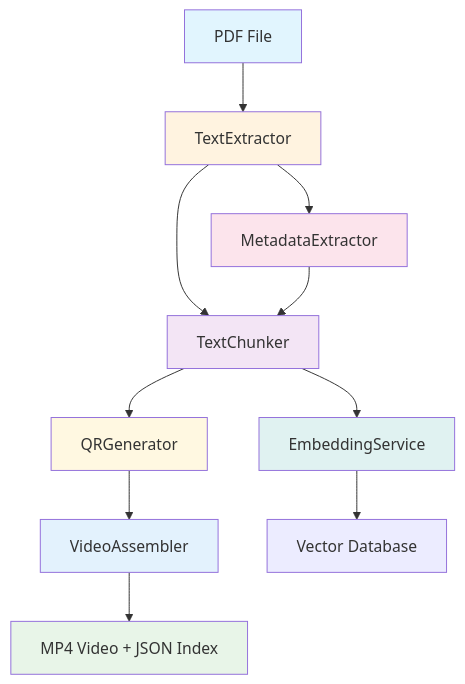
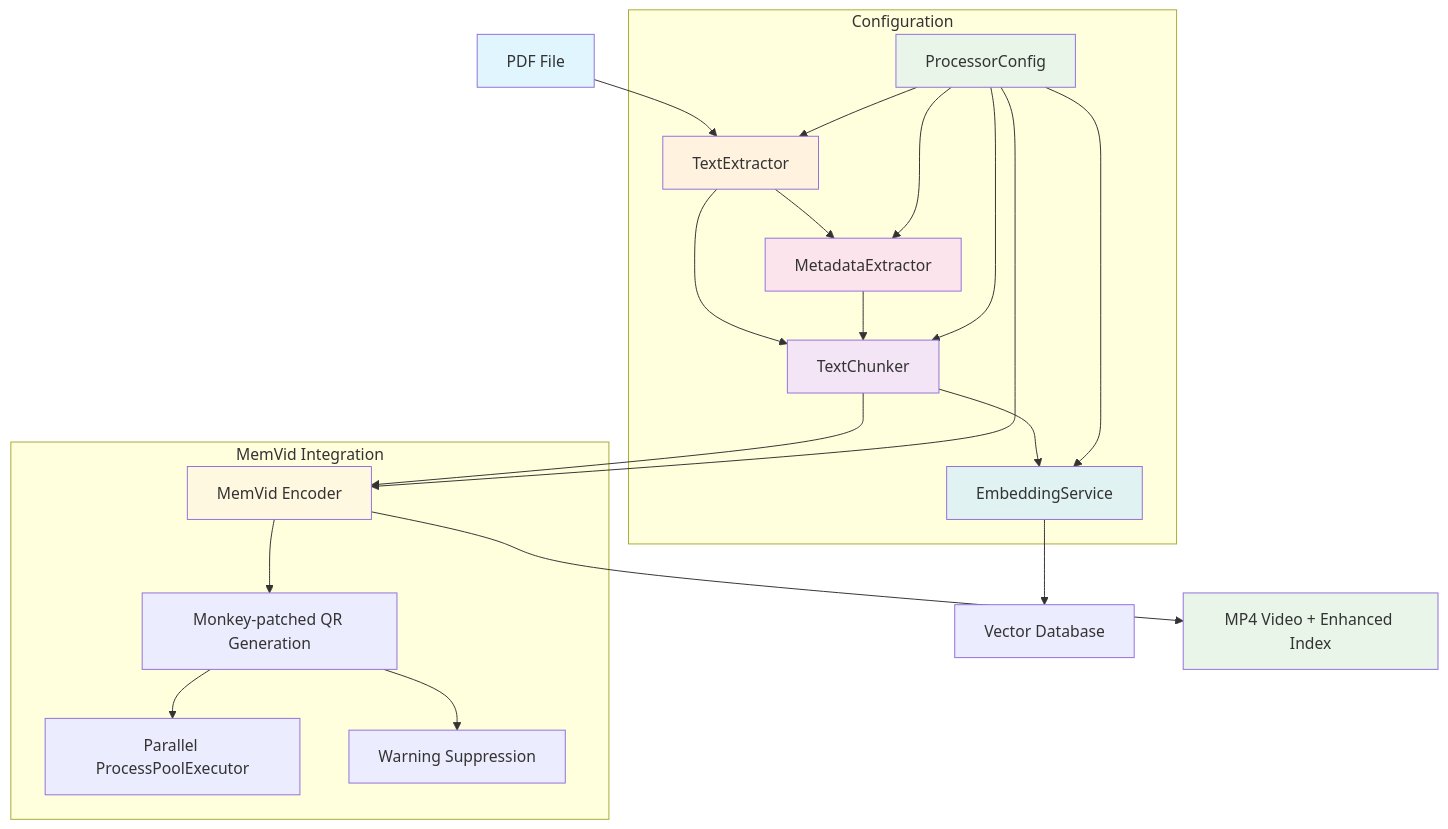
One commit to entira/elibrary changed the diagram in docs/modules/architecture.md. Above: the diagram before and after it, drawn with Mermaid. The commit also changed other lines of this file and 7 other files, not shown here.

First line of the commit message:
📚 Comprehensive documentation update for modular architecture

````diff
--- a/docs/modules/architecture.md
+++ b/docs/modules/architecture.md
@@ -9,21 +9,34 @@
 ```mermaid
 graph TD
     A[PDF File] --> B[TextExtractor]
     B --> C[MetadataExtractor]
     B --> D[TextChunker]
     D --> E[EmbeddingService]
-    D --> F[QRGenerator]
-    F --> G[VideoAssembler]
+    D --> F[MemVid Encoder]
     C --> D
-    E --> H[Vector Database]
-    G --> I[MP4 Video + JSON Index]
+    E --> G[Vector Database]
+    F --> H[MP4 Video + Enhanced Index]
+    
+    subgraph "MemVid Integration"
+        F --> I[Monkey-patched QR Generation]
+        I --> J[Parallel ProcessPoolExecutor]
+        I --> K[Warning Suppression]
+    end
+    
+    subgraph "Configuration"
+        L[ProcessorConfig] --> B
+        L --> C
+        L --> D
+        L --> E
+        L --> F
+    end
     
     style A fill:#e1f5fe
-    style I fill:#e8f5e8
+    style H fill:#e8f5e8
     style B fill:#fff3e0
     style C fill:#fce4ec
     style D fill:#f3e5f5
     style E fill:#e0f2f1
     style F fill:#fff8e1
-    style G fill:#e3f2fd
+    style L fill:#e8f5e8
 ```
````
